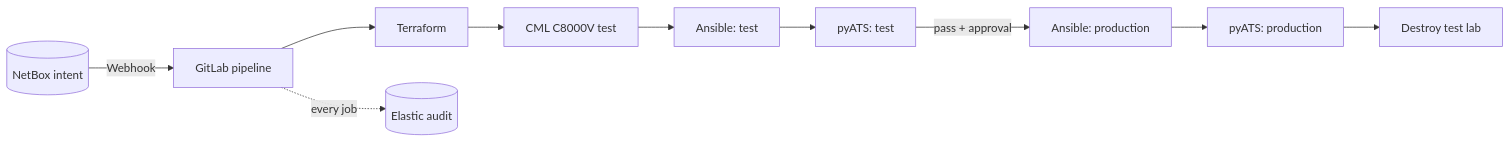
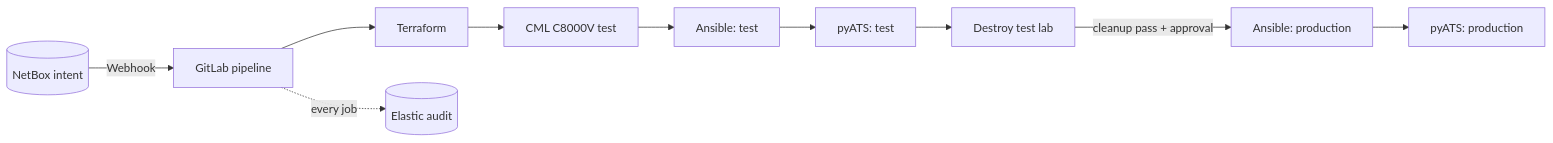
Before and after one commit to tanthanh85/devops: the diagram in lab/Lab 08 - Production-Grade Network CI-CD/Lab8.md, drawn with Mermaid. The commit also changed other lines of this file and 9 other files, not shown here.

````diff
--- a/lab/Lab 08 - Production-Grade Network CI-CD/Lab8.md
+++ b/lab/Lab 08 - Production-Grade Network CI-CD/Lab8.md
@@ -27,12 +27,12 @@
 ```mermaid
 flowchart LR
     NB[(NetBox intent)] -->|Webhook| GL[GitLab pipeline]
     GL --> TF[Terraform]
     TF --> CML[CML C8000V test]
     CML --> AT[Ansible: test]
     AT --> PT[pyATS: test]
-    PT -->|pass + approval| AP[Ansible: production]
+    PT --> CL[Destroy test lab]
+    CL -->|cleanup pass + approval| AP[Ansible: production]
     AP --> PP[pyATS: production]
-    PP --> CL[Destroy test lab]
     GL -. every job .-> ELK[(Elastic audit)]
 ```
````
